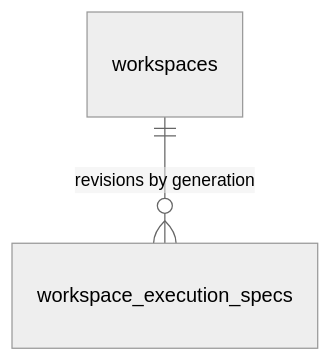
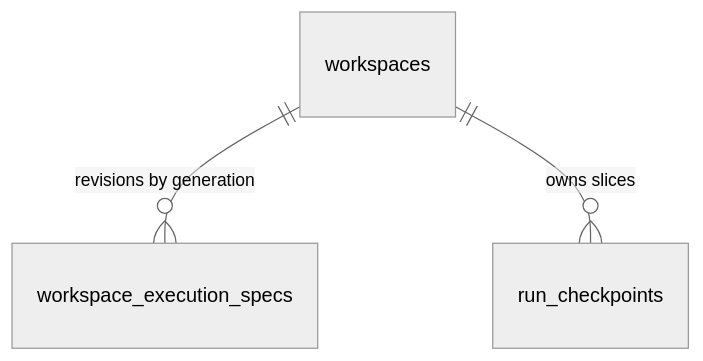
One commit to cc01cc/xihe-project changed the second of 6 diagrams in docs/i18n/zh-Hans/DEV-019-database-schema.md. Above: the diagram before and after it, drawn with Mermaid. The commit also changed other lines of this file and 18 other files, not shown here.

````diff
--- a/docs/i18n/zh-Hans/DEV-019-database-schema.md
+++ b/docs/i18n/zh-Hans/DEV-019-database-schema.md
@@ -76,5 +76,6 @@
 ```mermaid
 %%{init: {'theme': 'neutral'}}%%
 erDiagram
     workspaces ||--o{ workspace_execution_specs : "revisions by generation"
+    workspaces ||--o{ run_checkpoints : "owns slices"
 ```
````
